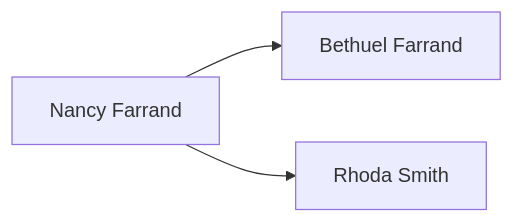
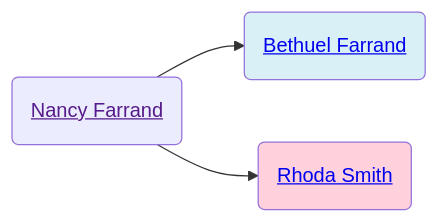
One commit to neelsmith/avocational changed the first of 2 diagrams in familyhistory/sources/people/Merrill-line/Nancy_Farrand.qmd. Above: the diagram before and after it, drawn with Mermaid. The commit also changed other lines of this file and 71 other files, not shown here.

````diff
--- a/familyhistory/sources/people/Merrill-line/Nancy_Farrand.qmd
+++ b/familyhistory/sources/people/Merrill-line/Nancy_Farrand.qmd
@@ -28,5 +28,11 @@
 ```{mermaid}
 graph LR
-Nancy_Farrand[Nancy Farrand] -->  Bethuel_Farrand[Bethuel Farrand]
-Nancy_Farrand[Nancy Farrand]  --> Rhoda_Smith[Rhoda Smith]
+Nancy_Farrand(<a href=''>Nancy Farrand</>) -->  Bethuel_Farrand(<a href='./White-line/Grandey/Bethuel_Farrand.html'>Bethuel Farrand</>)
+class Bethuel_Farrand father
+Nancy_Farrand(<a href=''>Nancy Farrand</>)  --> Rhoda_Smith(<a href='./Rhoda_Smith.html'>Rhoda Smith</>)
+class Rhoda_Smith mother
+classDef mother fill:#ffd1dc
+classDef father fill:#daf0f7  
+classDef marriage fill:#ffffff
+
 ```
````
